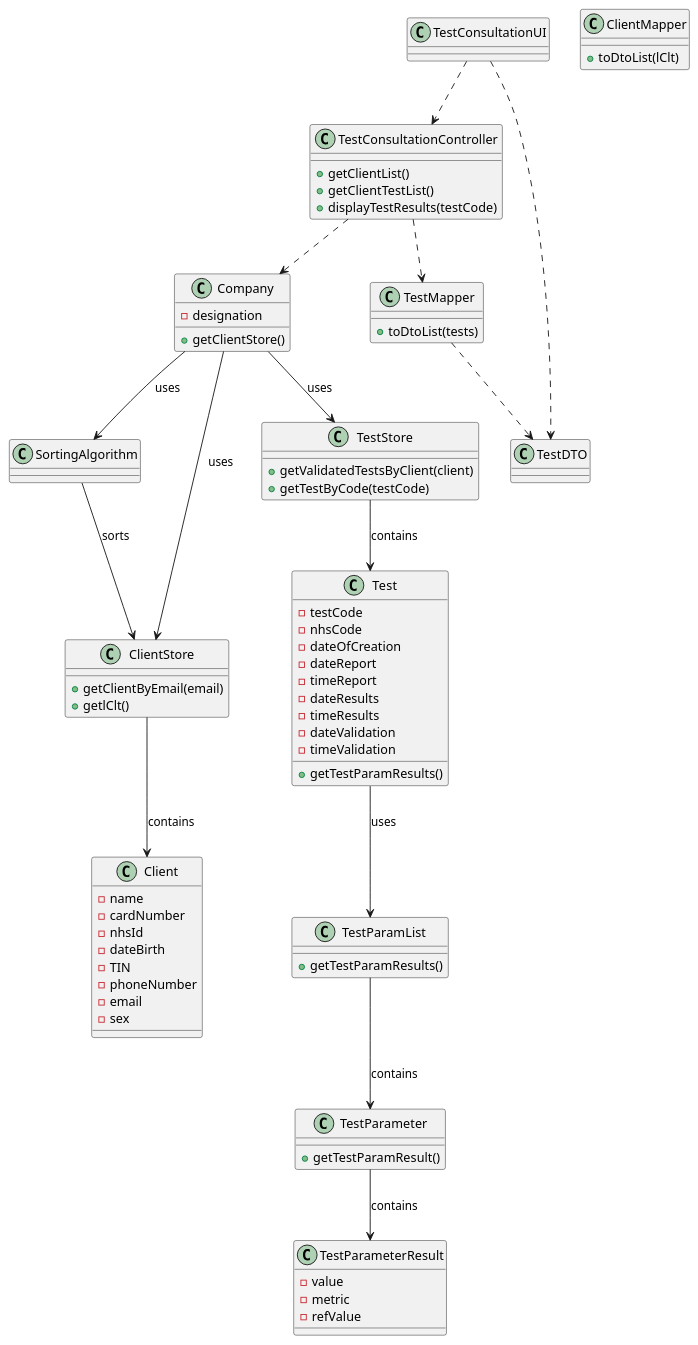
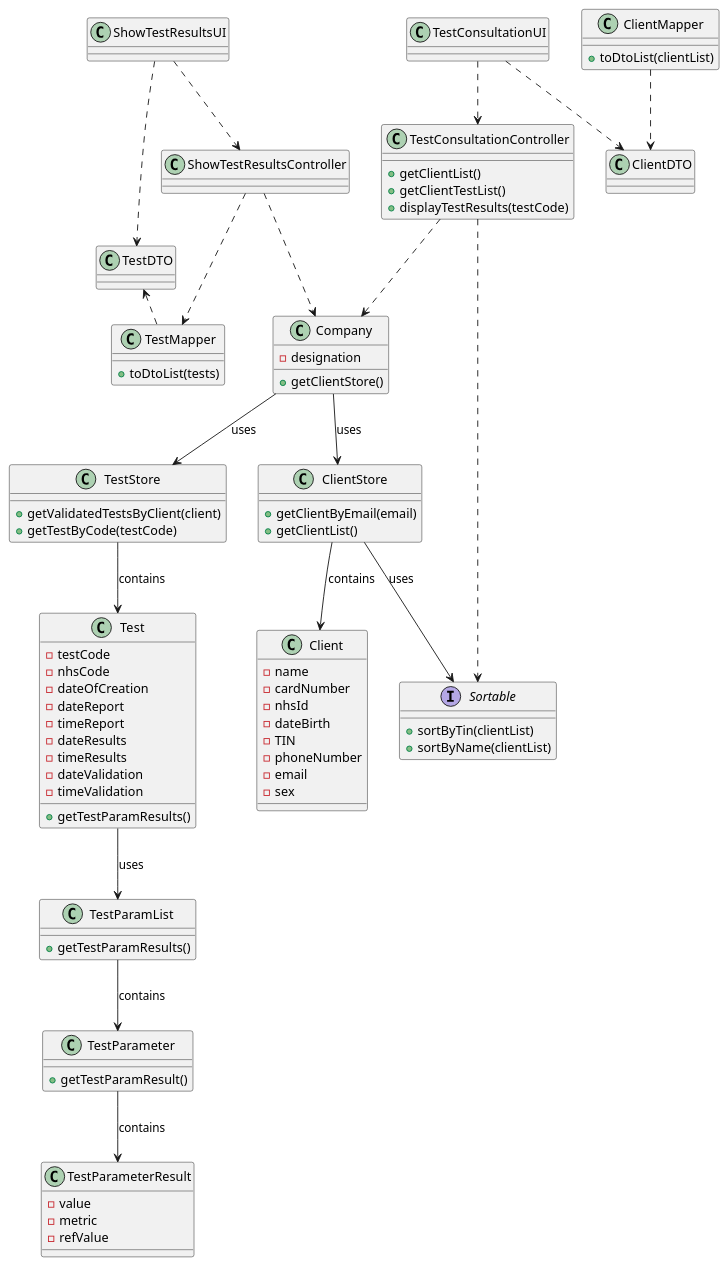
Before and after one commit to MadDinosaur/ISEP-LAPR2: the diagram in docs/SprintD/US13/US13_CD.puml, drawn with PlantUML. The commit also changed 8 other files, not shown here.

```diff
--- a/docs/SprintD/US13/US13_CD.puml
+++ b/docs/SprintD/US13/US13_CD.puml
@@ -1,94 +1,105 @@
 @startuml
 
 class TestConsultationUI
 
 class TestConsultationController{
 +getClientList()
 +getClientTestList()
 +displayTestResults(testCode)
 
 
 }
 
 class Client {
 - name
 - cardNumber
 - nhsId
 - dateBirth
 - TIN
 - phoneNumber
 - email
 - sex
 }
 
 class Company{
 -designation
 
 +getClientStore()
 }
 
-class SortingAlgorithm{
-
+interface Sortable{
++sortByTin(clientList)
++sortByName(clientList)
 }
 
 class ClientStore {
 + getClientByEmail(email)
-+ getlClt()
++ getClientList()
 }
+
+class ClientMapper{
++ toDtoList(clientList)
+}
+
+class ClientDTO
+
+class ShowTestResultsUI
+
+class ShowTestResultsController
 
 class TestStore {
 + getValidatedTestsByClient(client)
 + getTestByCode(testCode)
 }
 
 class Test {
 - testCode
 - nhsCode
 - dateOfCreation
 - dateReport
 - timeReport
 - dateResults
 - timeResults
 - dateValidation
 - timeValidation
 + getTestParamResults()
-}
-
-class ClientMapper{
-+ toDtoList(lClt)
 }
 
 class TestMapper {
 + toDtoList(tests)
 }
 
 class TestParamList {
 + getTestParamResults()
 }
 
 class TestParameter {
 + getTestParamResult()
 }
 
 class TestParameterResult {
 - value
 - metric
 - refValue
 }
 
 TestConsultationUI ..> TestConsultationController
-TestConsultationUI ..> TestDTO
-TestConsultationController ..> TestMapper
-TestMapper ..> TestDTO
 TestConsultationController ..> Company
+TestConsultationController ..> Sortable
+ClientStore --> Sortable : uses
+ClientStore --> Client : contains
+ClientMapper ..> ClientDTO
+TestConsultationUI ..> ClientDTO
+ShowTestResultsUI ..> ShowTestResultsController
+ShowTestResultsUI ..> TestDTO
+ShowTestResultsController ..> TestMapper
+TestMapper .left.> TestDTO
+ShowTestResultsController ..> Company
 Company --> ClientStore : uses
-Company --> SortingAlgorithm : uses
-SortingAlgorithm --> ClientStore : sorts
-ClientStore --> Client : contains
 Company --> TestStore : uses
 TestStore --> Test : contains
 Test --> TestParamList : uses
 TestParamList --> TestParameter : contains
 TestParameter --> TestParameterResult : contains
 
 @enduml
```
